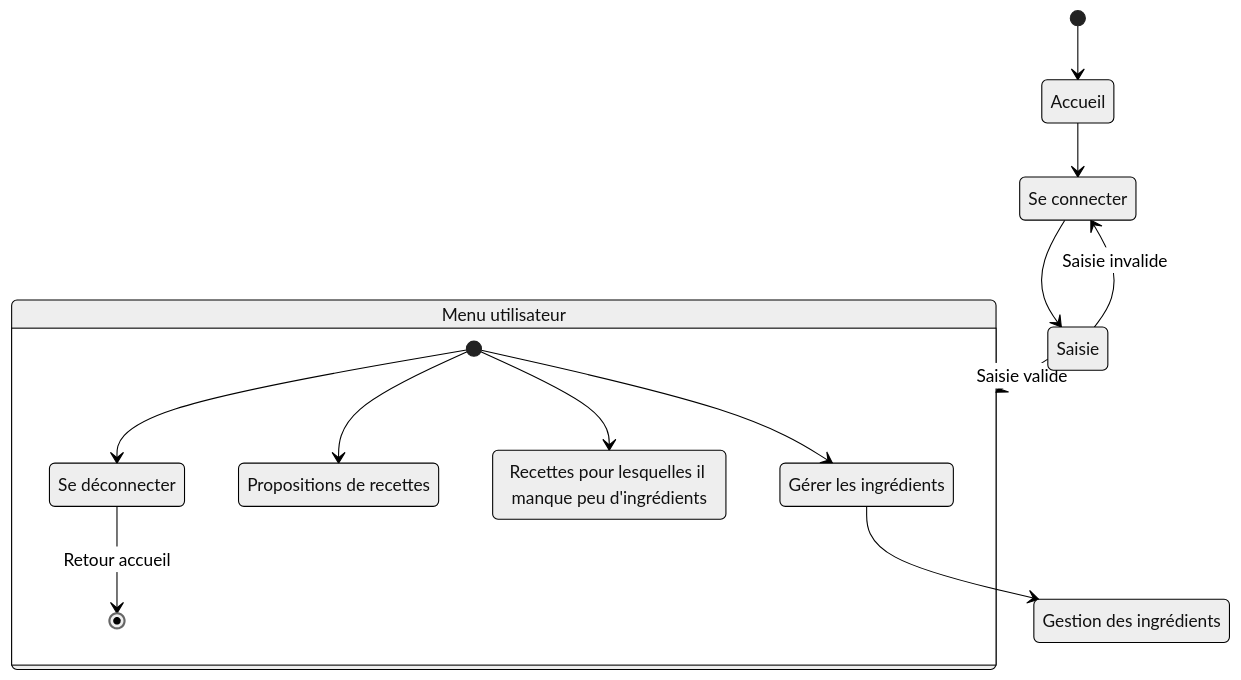
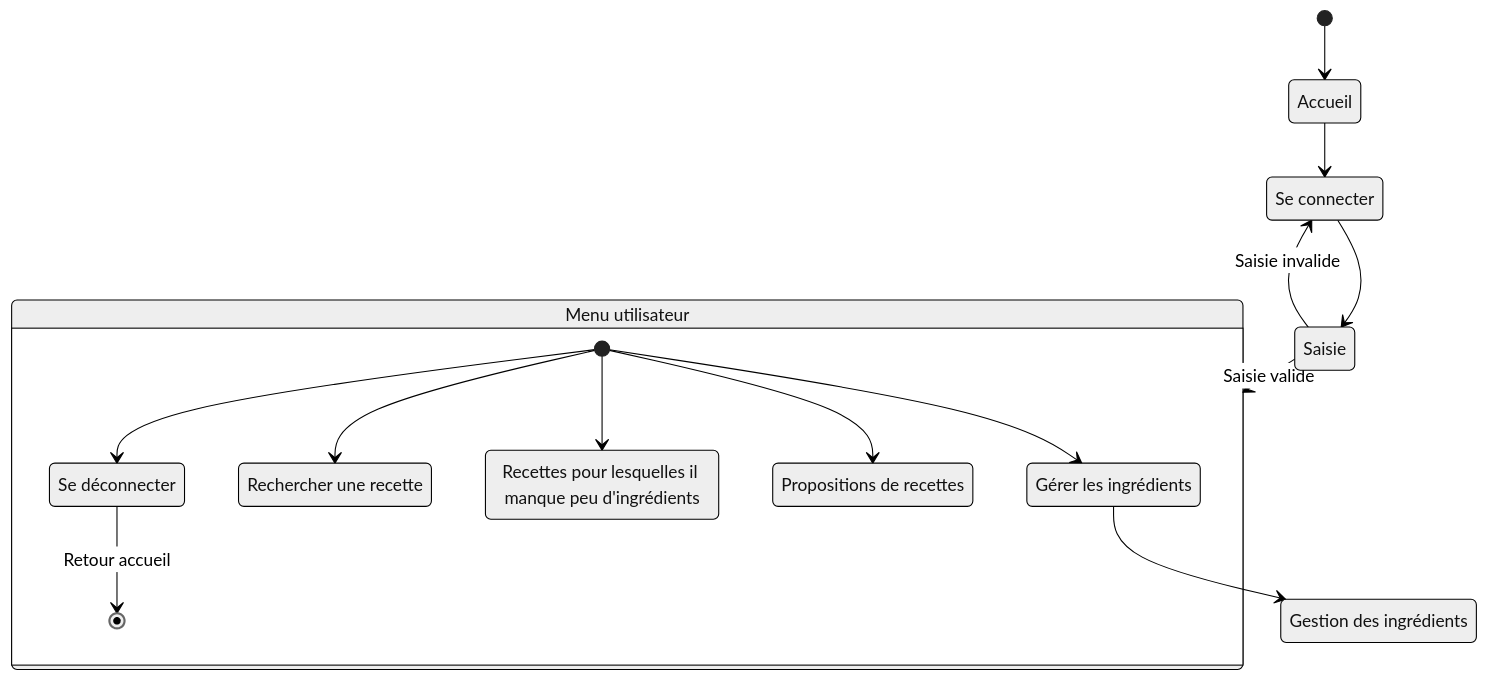
The sixth of 8 diagrams in doc/diag_activites.md (bbrunel/ENSAI-2A-projet-info), drawn with Mermaid (neutral theme) before and after one commit. The commit also changed other lines of this file, not shown here.

````diff
--- a/doc/diag_activites.md
+++ b/doc/diag_activites.md
@@ -245,29 +249,31 @@
 ```mermaid
 stateDiagram
     login : Se connecter
     menu_utilisateur : Menu utilisateur
     menu_ingr : Gestion des ingrédients
     gerer_ingr : Gérer les ingrédients
     recettes : Propositions de recettes
     rec_ingr_manquant : Recettes pour lesquelles il manque peu d'ingrédients
     logout : Se déconnecter
+    Rechercher : Rechercher une recette
     
     [*] --> Accueil
 
     Accueil --> login
 
     login --> Saisie
     Saisie --> menu_utilisateur: Saisie valide
     Saisie --> login: Saisie invalide
 
     state menu_utilisateur {
     	[*] --> gerer_ingr
       [*] --> recettes
       [*] --> rec_ingr_manquant
+      [*] --> Rechercher
     	[*] --> logout
       logout --> [*]:Retour accueil
     }
 
     gerer_ingr --> menu_ingr
 
 ```
````
